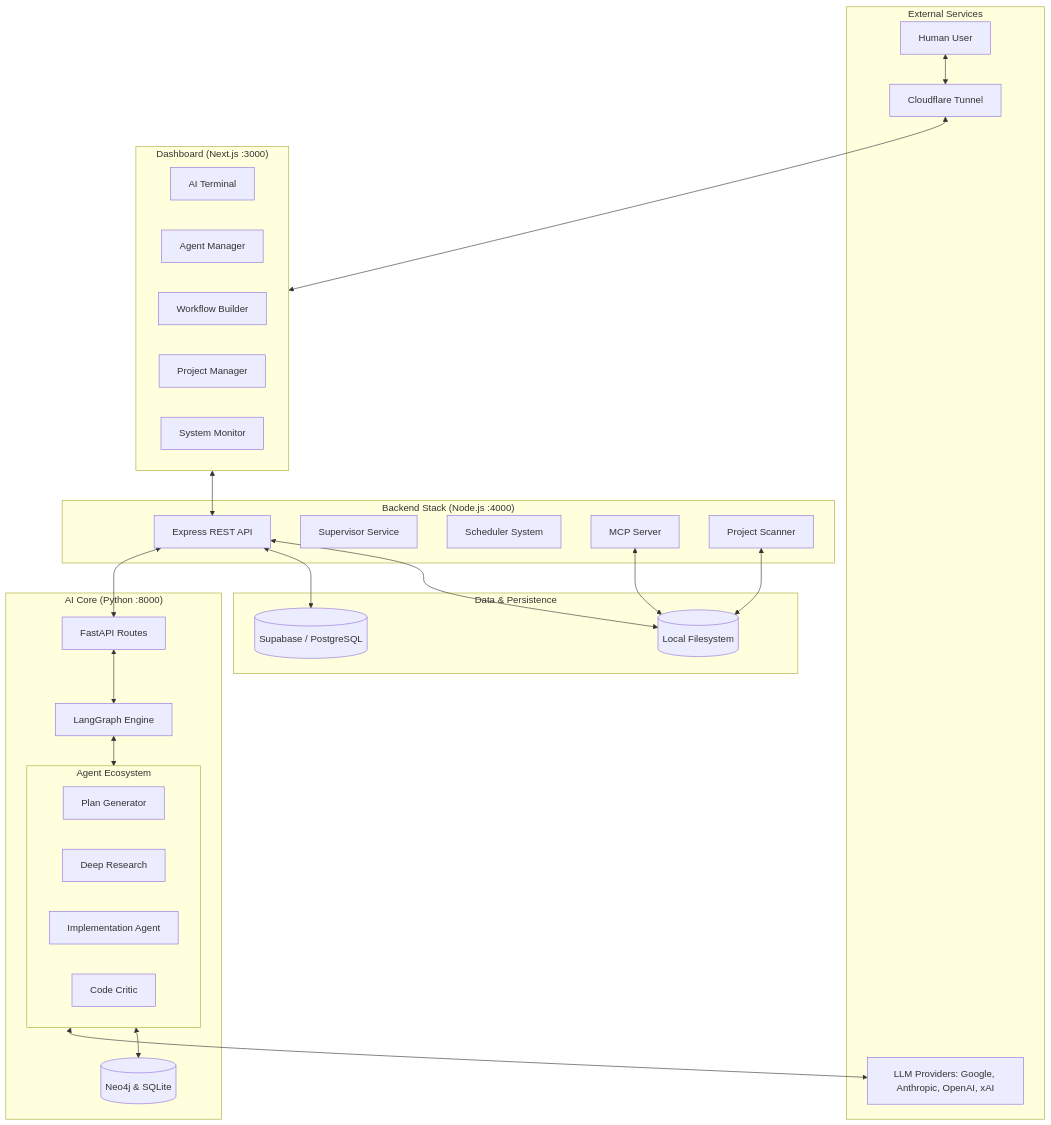
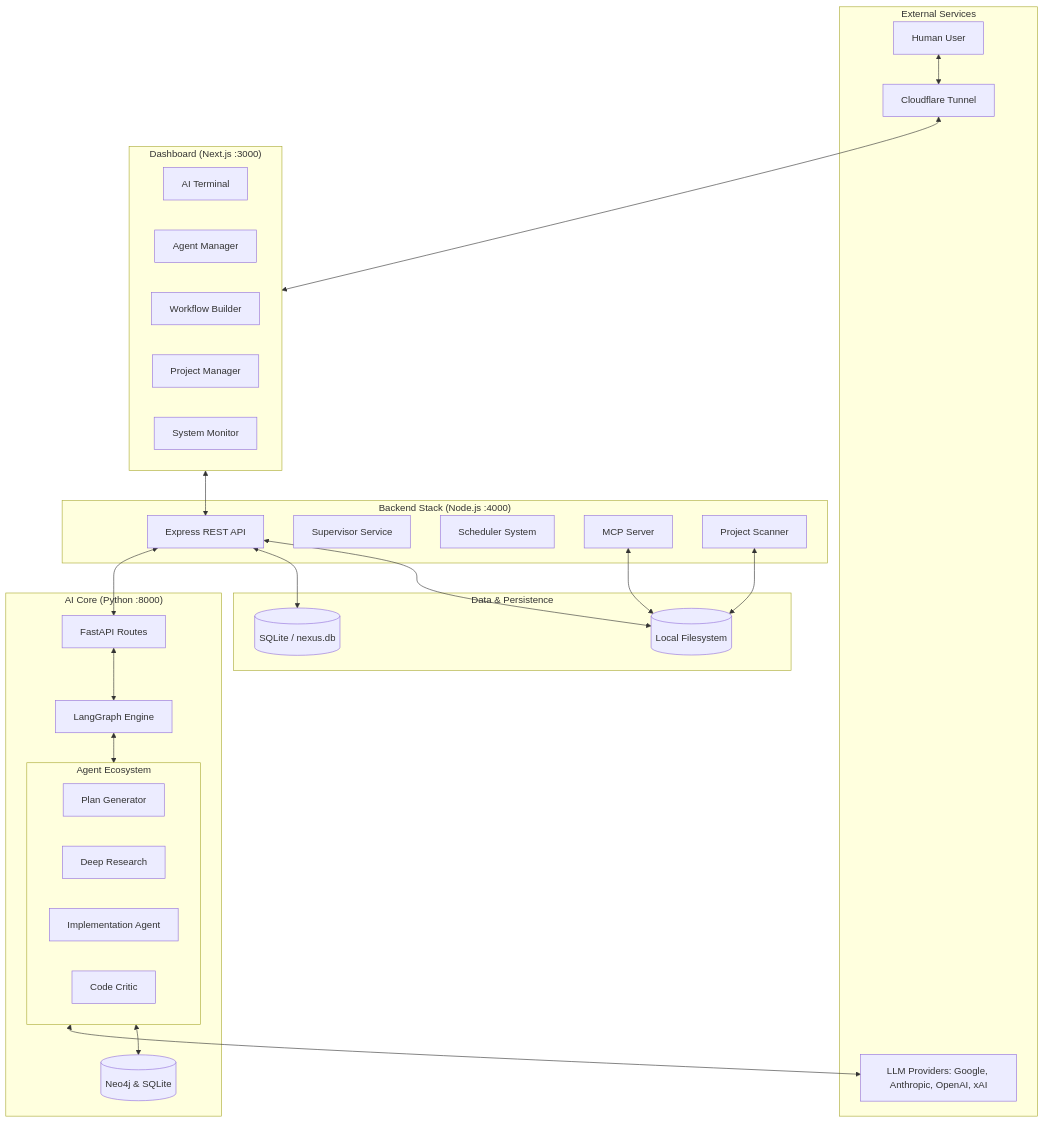
One commit to VibeShiftAI/TheNexus changed the first of 2 diagrams in docs/SYSTEM_ARCHITECTURE.md. Above: the diagram before and after it, drawn with Mermaid. The commit also changed other lines of this file and 89 other files, not shown here.

Commit message:
feat: unify project architecture across dashboard, cortex, and server

````diff
--- a/docs/SYSTEM_ARCHITECTURE.md
+++ b/docs/SYSTEM_ARCHITECTURE.md
@@ -18,57 +18,57 @@
 ```mermaid
 graph TD
     subgraph External ["External Services"]
         User[Human User]
         Cloudflare[Cloudflare Tunnel]
         LLM[LLM Providers: Google, Anthropic, OpenAI, xAI]
     end
 
     subgraph Dashboard ["Dashboard (Next.js :3000)"]
         Terminal[AI Terminal]
         AgentManager[Agent Manager]
         Builder[Workflow Builder]
         Projects[Project Manager]
         SysMon[System Monitor]
     end
 
     subgraph Backend ["Backend Stack (Node.js :4000)"]
         NodeAPI[Express REST API]
         Supervisor[Supervisor Service]
         Scheduler[Scheduler System]
         MCP[MCP Server]
         Scanner[Project Scanner]
     end
 
     subgraph AICore ["AI Core (Python :8000)"]
         FastAPI[FastAPI Routes]
         LangGraph[LangGraph Engine]
         
         subgraph Agents ["Agent Ecosystem"]
             Planner[Plan Generator]
             Researcher[Deep Research]
             Implementer[Implementation Agent]
             Critic[Code Critic]
         end
         
         Memory[(Neo4j & SQLite)]
     end
 
     subgraph Infrastructure ["Data & Persistence"]
-        DB[(Supabase / PostgreSQL)]
+        DB[(SQLite / nexus.db)]
         LocalFS[(Local Filesystem)]
     end
 
     User <--> Cloudflare
     Cloudflare <--> Dashboard
     Dashboard <--> NodeAPI
     NodeAPI <--> FastAPI
     FastAPI <--> LangGraph
     LangGraph <--> Agents
     Agents <--> LLM
     Agents <--> Memory
     
     NodeAPI <--> DB
     NodeAPI <--> LocalFS
     Scanner <--> LocalFS
     MCP <--> LocalFS
 ```
````
